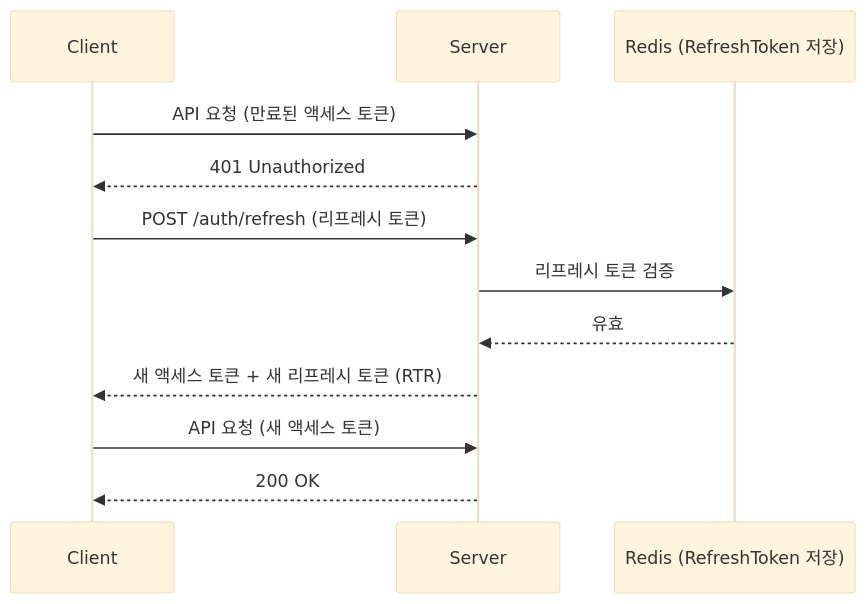
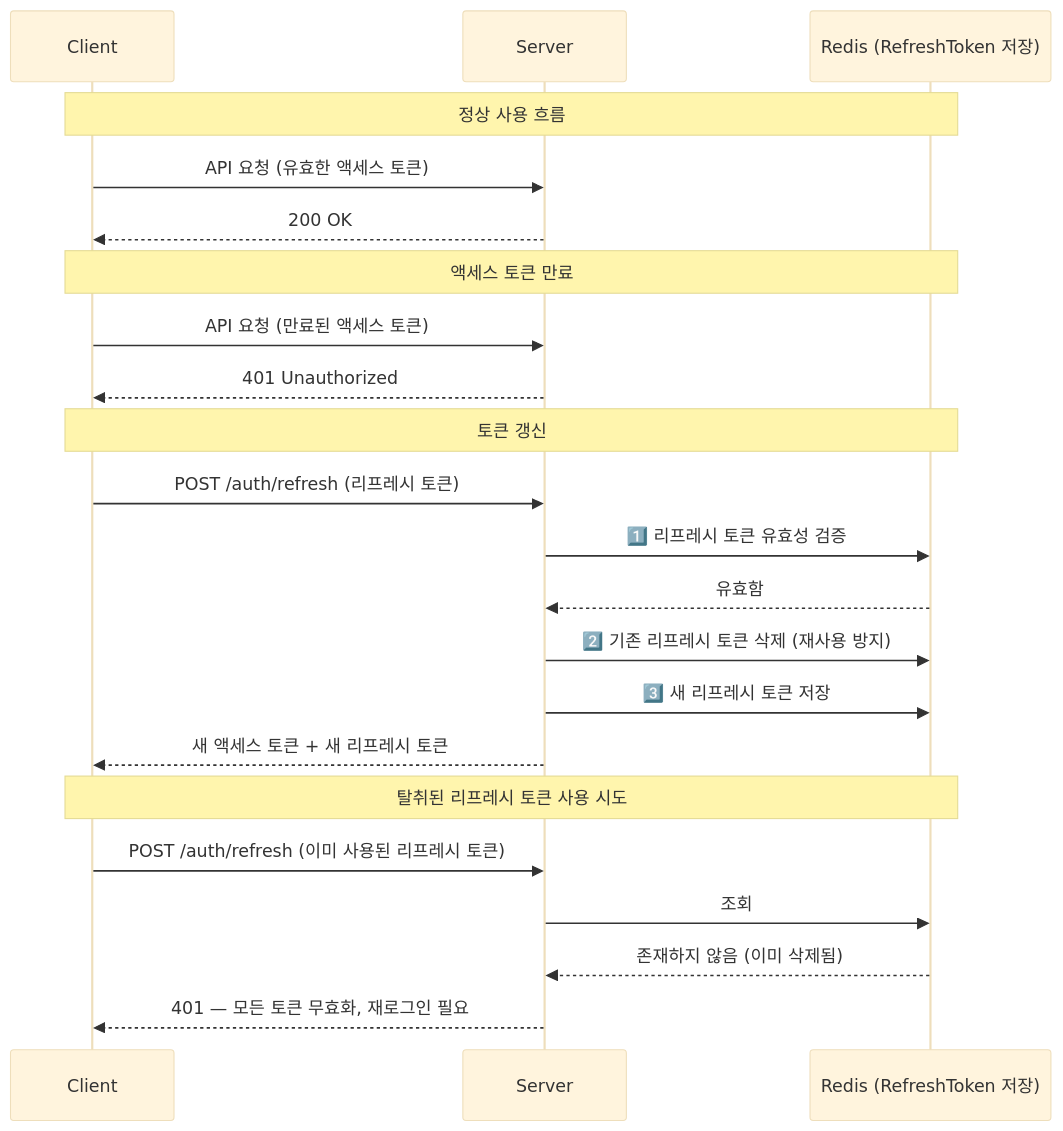
Before and after one commit to yjkim2015/yjkim2015.github.io: the fourth of 7 diagrams in _posts/spring/2026-05-02-spring-security-deep.md, drawn with Mermaid (base theme). The commit also changed other lines of this file and 92 other files, not shown here.

First line of the commit message:
Major quality rewrite: 98 files, Mermaid fix, extreme-scenario component

````diff
--- a/_posts/spring/2026-05-02-spring-security-deep.md
+++ b/_posts/spring/2026-05-02-spring-security-deep.md
@@ -334,17 +362,28 @@
 ```mermaid
 sequenceDiagram
     participant C as Client
     participant S as Server
     participant DB as Redis (RefreshToken 저장)
 
+    Note over C,DB: 정상 사용 흐름
+    C->>S: API 요청 (유효한 액세스 토큰)
+    S-->>C: 200 OK
+
+    Note over C,DB: 액세스 토큰 만료
     C->>S: API 요청 (만료된 액세스 토큰)
     S-->>C: 401 Unauthorized
 
+    Note over C,DB: 토큰 갱신
     C->>S: POST /auth/refresh (리프레시 토큰)
-    S->>DB: 리프레시 토큰 검증
-    DB-->>S: 유효
-    S-->>C: 새 액세스 토큰 + 새 리프레시 토큰 (RTR)
+    S->>DB: 1️⃣ 리프레시 토큰 유효성 검증
+    DB-->>S: 유효함
+    S->>DB: 2️⃣ 기존 리프레시 토큰 삭제 (재사용 방지)
+    S->>DB: 3️⃣ 새 리프레시 토큰 저장
+    S-->>C: 새 액세스 토큰 + 새 리프레시 토큰
 
-    C->>S: API 요청 (새 액세스 토큰)
-    S-->>C: 200 OK
+    Note over C,DB: 탈취된 리프레시 토큰 사용 시도
+    C->>S: POST /auth/refresh (이미 사용된 리프레시 토큰)
+    S->>DB: 조회
+    DB-->>S: 존재하지 않음 (이미 삭제됨)
+    S-->>C: 401 — 모든 토큰 무효화, 재로그인 필요
 ```
````
